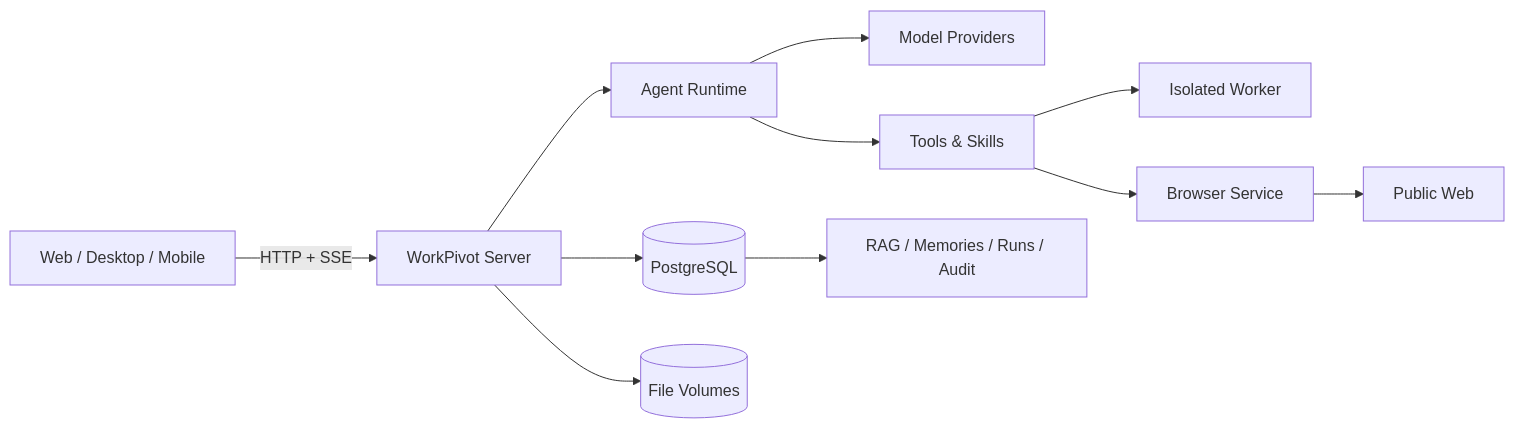
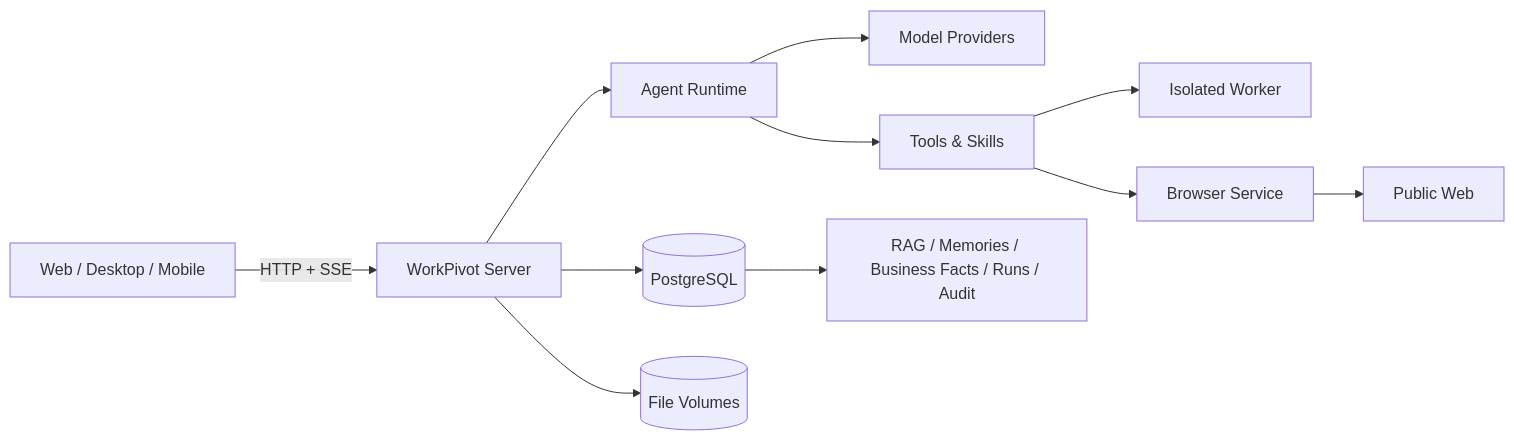
The diagram in README.md (lichangbing/WorkPivot), drawn with Mermaid before and after one commit. The commit also changed other lines of this file and 37 other files, not shown here.

````diff
--- a/README.md
+++ b/README.md
@@ -78,13 +85,13 @@
 ```mermaid
 flowchart LR
   U[Web / Desktop / Mobile] -->|HTTP + SSE| S[WorkPivot Server]
   S --> A[Agent Runtime]
   A --> M[Model Providers]
   A --> T[Tools & Skills]
   T --> W[Isolated Worker]
   T --> B[Browser Service]
   S --> P[(PostgreSQL)]
   S --> F[(File Volumes)]
   B --> N[Public Web]
-  P --> R[RAG / Memories / Runs / Audit]
+  P --> R[RAG / Memories / Business Facts / Runs / Audit]
 ```
````
